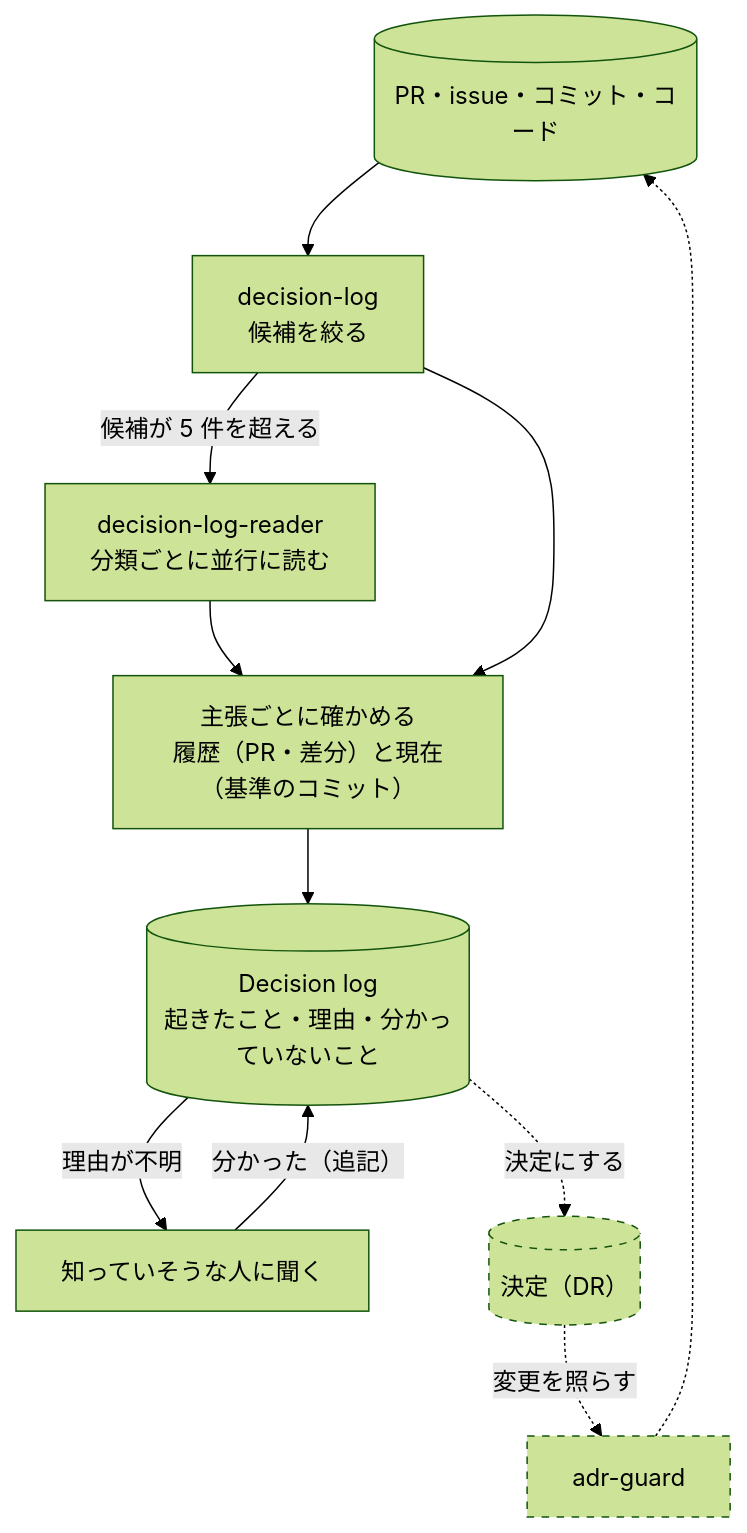
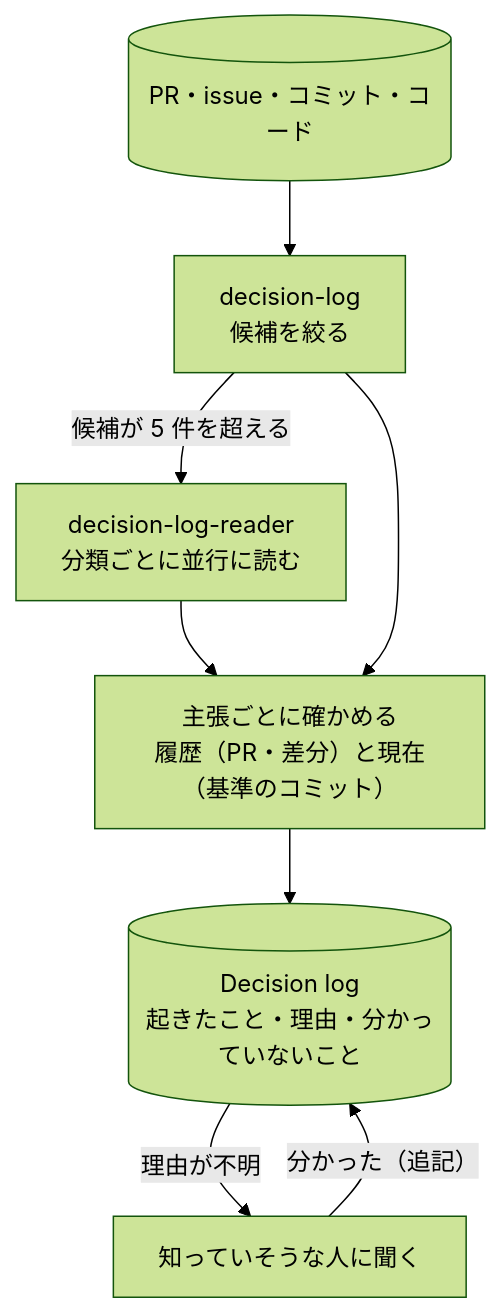
Before and after one commit to MichinaoShimizu/decision-continuity: the diagram in README.md, drawn with Mermaid (forest theme). The commit also changed other lines of this file and 44 other files, not shown here.

````diff
--- a/README.md
+++ b/README.md
@@ -7,16 +7,10 @@
 ```mermaid
 flowchart TD
     H[("PR・issue・コミット・コード")] --> L["decision-log<br>候補を絞る"]
     L -- "候補が 5 件を超える" --> R["decision-log-reader<br>分類ごとに並行に読む"]
     R --> V
     L --> V["主張ごとに確かめる<br>履歴（PR・差分）と現在（基準のコミット）"]
     V --> D[("Decision log<br>起きたこと・理由・分かっていないこと")]
     D -- "理由が不明" --> Q["知っていそうな人に聞く"]
     Q -- "分かった（追記）" --> D
-    D -. "決定にする" .-> DR[("決定（DR）")]
-    DR -. "変更を照らす" .-> G["adr-guard"]
-    G -.-> H
-
-    classDef rethink stroke-dasharray: 5 5
-    class DR,G rethink
 ```
````
